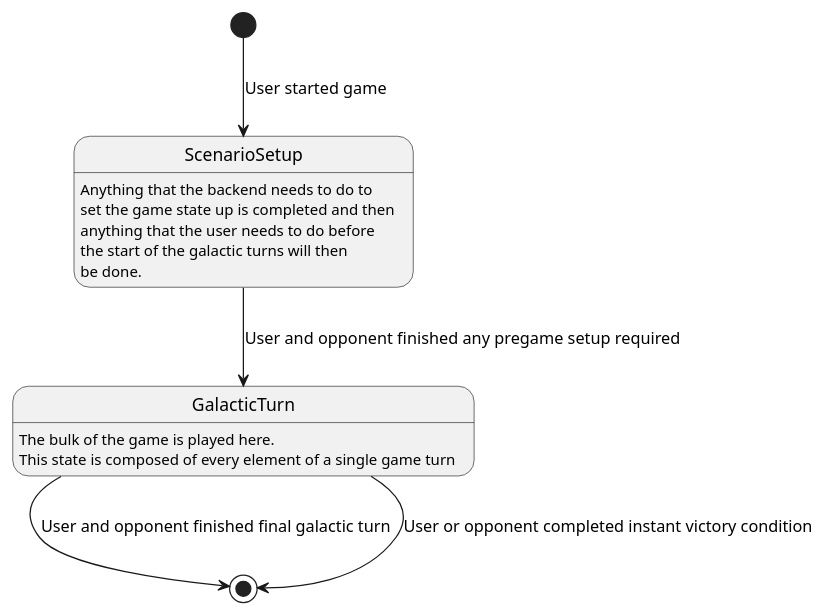
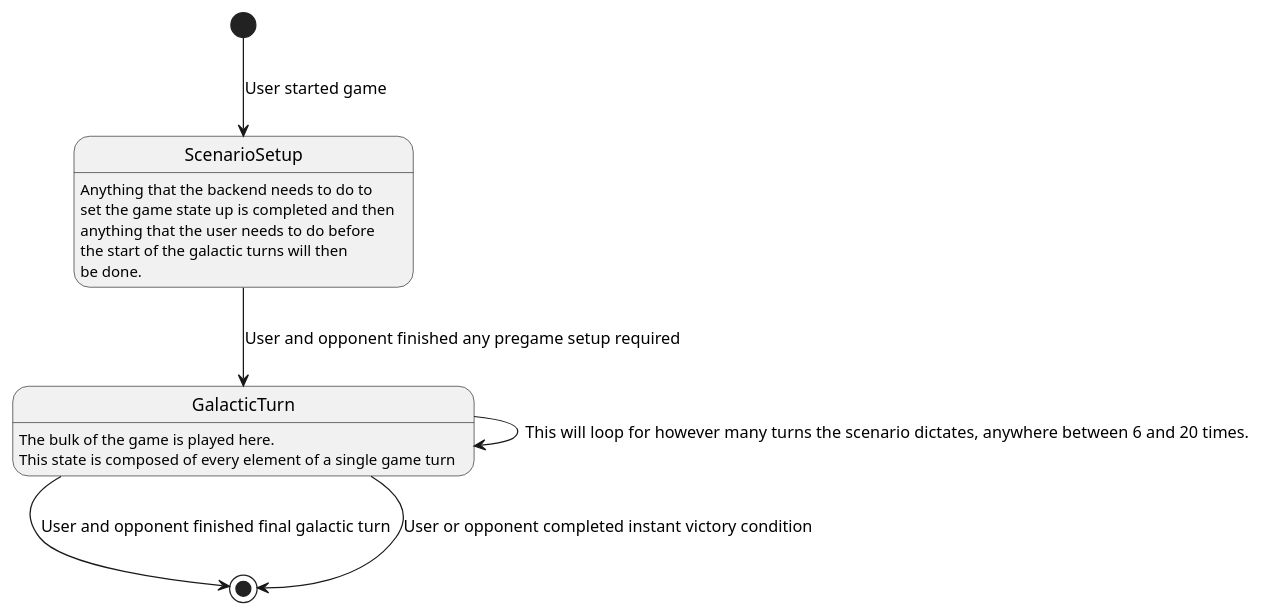
The diagram in development/PlayGame.plantuml (ui-cs383/Activity-Diagrams), drawn with PlantUML before and after one commit.

Commit message:
PlayGame: Added loop to GalacticTurn

```diff
--- a/development/PlayGame.plantuml
+++ b/development/PlayGame.plantuml
@@ -12,17 +12,17 @@
 @startuml
 [*] --> ScenarioSetup : User started game
 ScenarioSetup : Anything that the backend needs to do to
 ScenarioSetup : set the game state up is completed and then
 ScenarioSetup : anything that the user needs to do before
 ScenarioSetup : the start of the galactic turns will then
 ScenarioSetup : be done.
 
 ScenarioSetup --> GalacticTurn : User and opponent finished any pregame setup required
 
 GalacticTurn : The bulk of the game is played here.
 GalacticTurn : This state is composed of every element of a single game turn
 
-'GalacticTurn --> GalacticTurn : This will loop for however many turns the scenario dictates, anywhere between 6 and 20 times.
+GalacticTurn --> GalacticTurn : This will loop for however many turns the scenario dictates, anywhere between 6 and 20 times.
 GalacticTurn --> [*] : User and opponent finished final galactic turn
 GalacticTurn --> [*] : User or opponent completed instant victory condition
 @enduml
```
